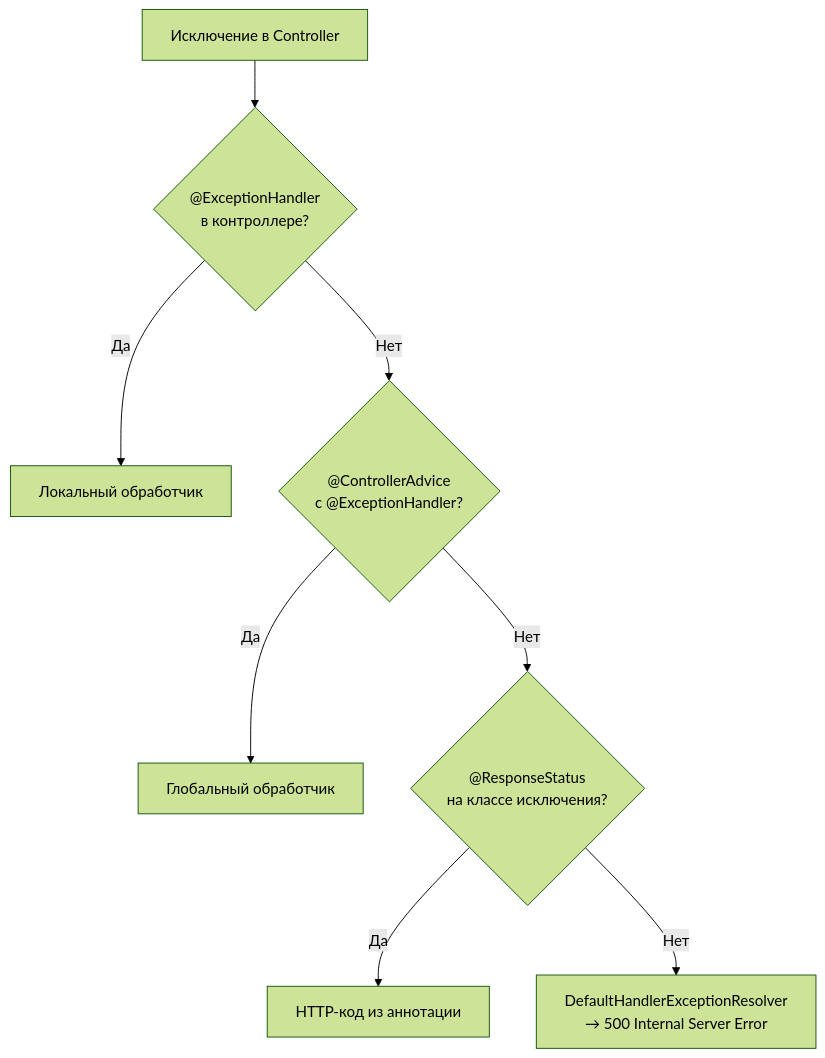
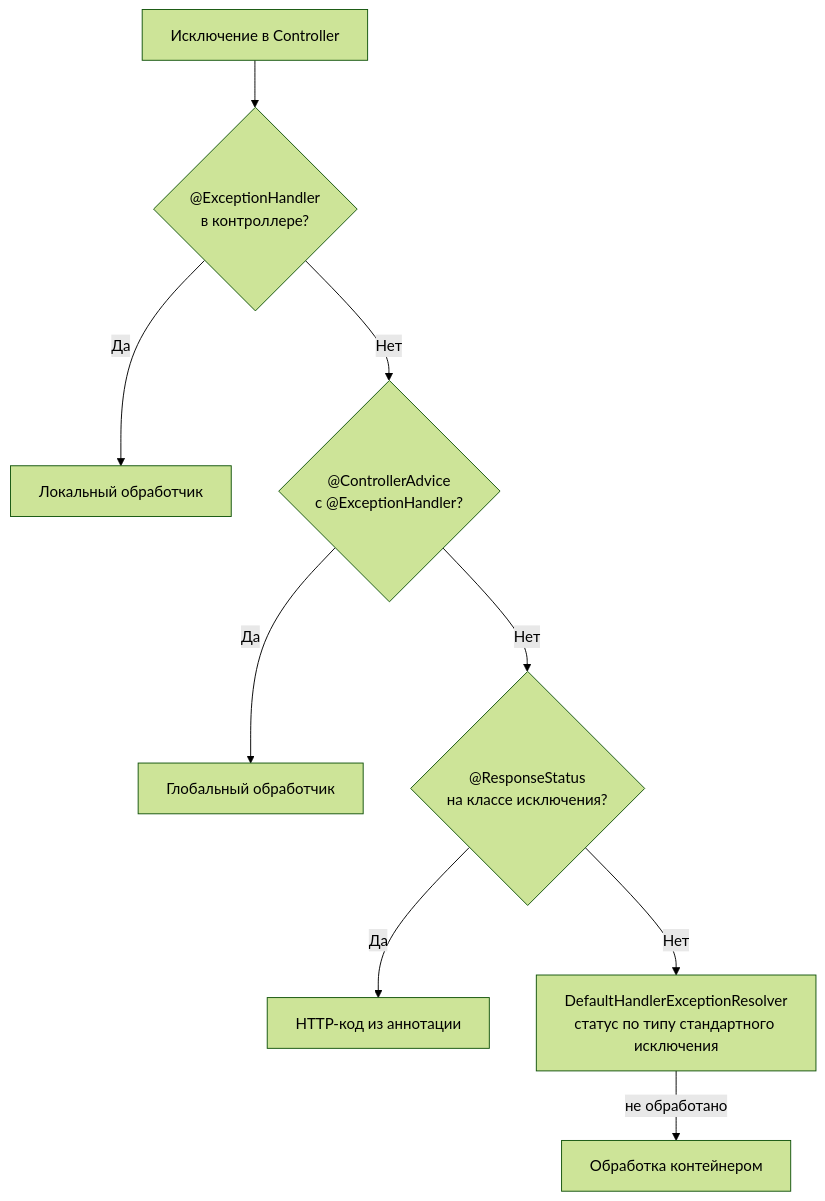
Before and after one commit to akeverus/cheat-sheet: the seventh of 10 diagrams in cheatsheets/interview/frameworks/spring/spring-mvc-interview.md, drawn with Mermaid (forest theme). The commit also changed other lines of this file and 154 other files, not shown here.

````diff
--- a/cheatsheets/interview/frameworks/spring/spring-mvc-interview.md
+++ b/cheatsheets/interview/frameworks/spring/spring-mvc-interview.md
@@ -699,11 +692,12 @@
 ```mermaid
 graph TB
     Ex["Исключение в Controller"]
     Ex --> L1{"@ExceptionHandler<br/>в контроллере?"}
     L1 -->|Да| H1["Локальный обработчик"]
     L1 -->|Нет| L2{"@ControllerAdvice<br/>с @ExceptionHandler?"}
     L2 -->|Да| H2["Глобальный обработчик"]
     L2 -->|Нет| L3{"@ResponseStatus<br/>на классе исключения?"}
     L3 -->|Да| H3["HTTP-код из аннотации"]
-    L3 -->|Нет| H4["DefaultHandlerExceptionResolver<br/>→ 500 Internal Server Error"]
+    L3 -->|Нет| H4["DefaultHandlerExceptionResolver<br/>статус по типу стандартного исключения"]
+    H4 -->|не обработано| Container["Обработка контейнером"]
 ```
````
